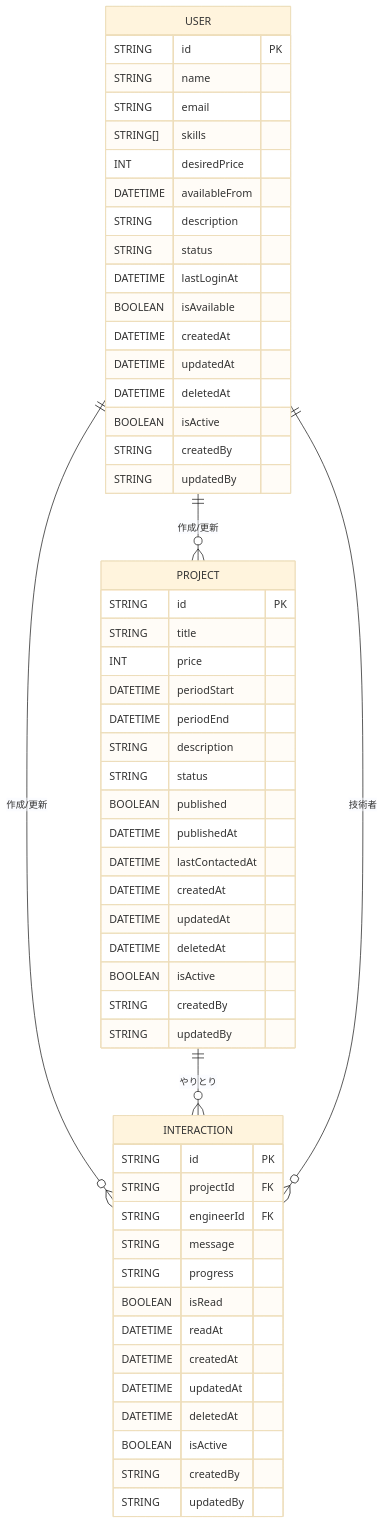
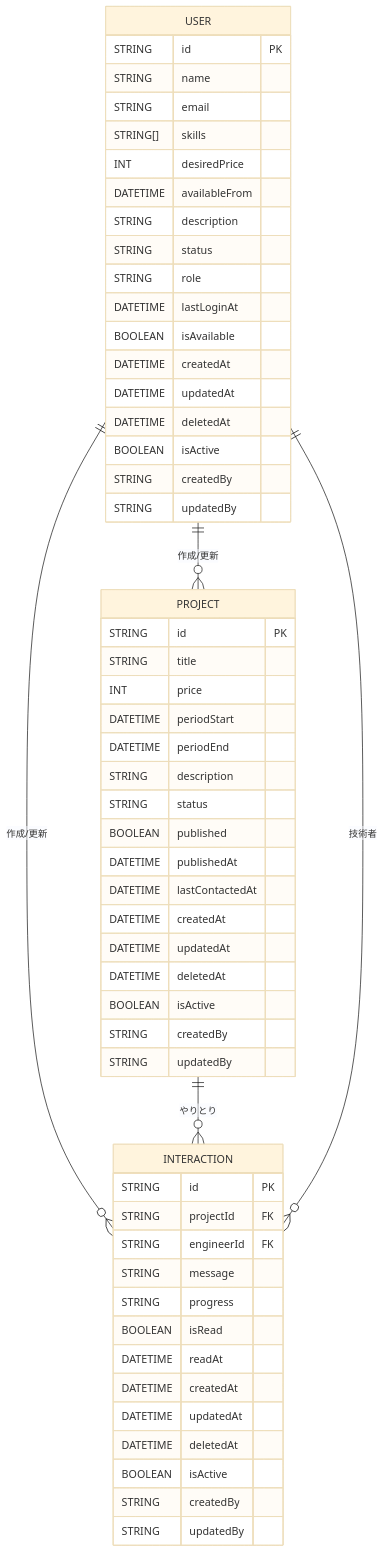
Before and after one commit to jaganoer-works/ses-portal: the diagram in datamodel.md, drawn with Mermaid (base theme). The commit also changed other lines of this file, not shown here.

Commit message:
doc データモデルに`role`カラムを追加し、権限管理に対応

````diff
--- a/datamodel.md
+++ b/datamodel.md
@@ -7,61 +7,62 @@
 ```mermaid
 erDiagram
     USER {
       STRING id PK
       STRING name
       STRING email
       STRING[] skills
       INT desiredPrice
       DATETIME availableFrom
       STRING description
       STRING status
+      STRING role
       DATETIME lastLoginAt
       BOOLEAN isAvailable
       DATETIME createdAt
       DATETIME updatedAt
       DATETIME deletedAt
       BOOLEAN isActive
       STRING createdBy
       STRING updatedBy
     }
 
     PROJECT {
       STRING id PK
       STRING title
       INT price
       DATETIME periodStart
       DATETIME periodEnd
       STRING description
       STRING status
       BOOLEAN published
       DATETIME publishedAt
       DATETIME lastContactedAt
       DATETIME createdAt
       DATETIME updatedAt
       DATETIME deletedAt
       BOOLEAN isActive
       STRING createdBy
       STRING updatedBy
     }
 
     INTERACTION {
       STRING id PK
       STRING projectId FK
       STRING engineerId FK
       STRING message
       STRING progress
       BOOLEAN isRead
       DATETIME readAt
       DATETIME createdAt
       DATETIME updatedAt
       DATETIME deletedAt
       BOOLEAN isActive
       STRING createdBy
       STRING updatedBy
     }
 
     USER ||--o{ PROJECT : "作成/更新"
     USER ||--o{ INTERACTION : "作成/更新"
     PROJECT ||--o{ INTERACTION : "やりとり"
     USER ||--o{ INTERACTION : "技術者"
 ```
````
